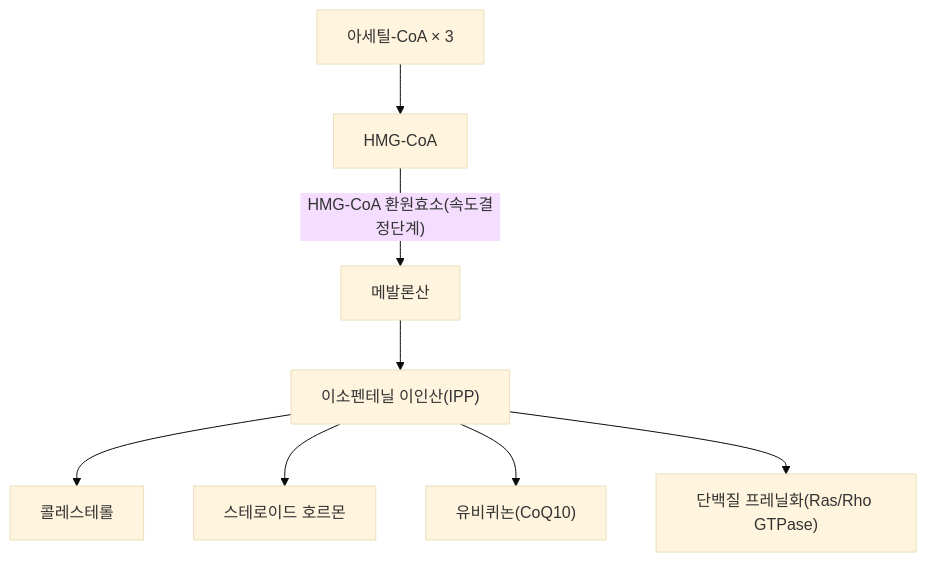
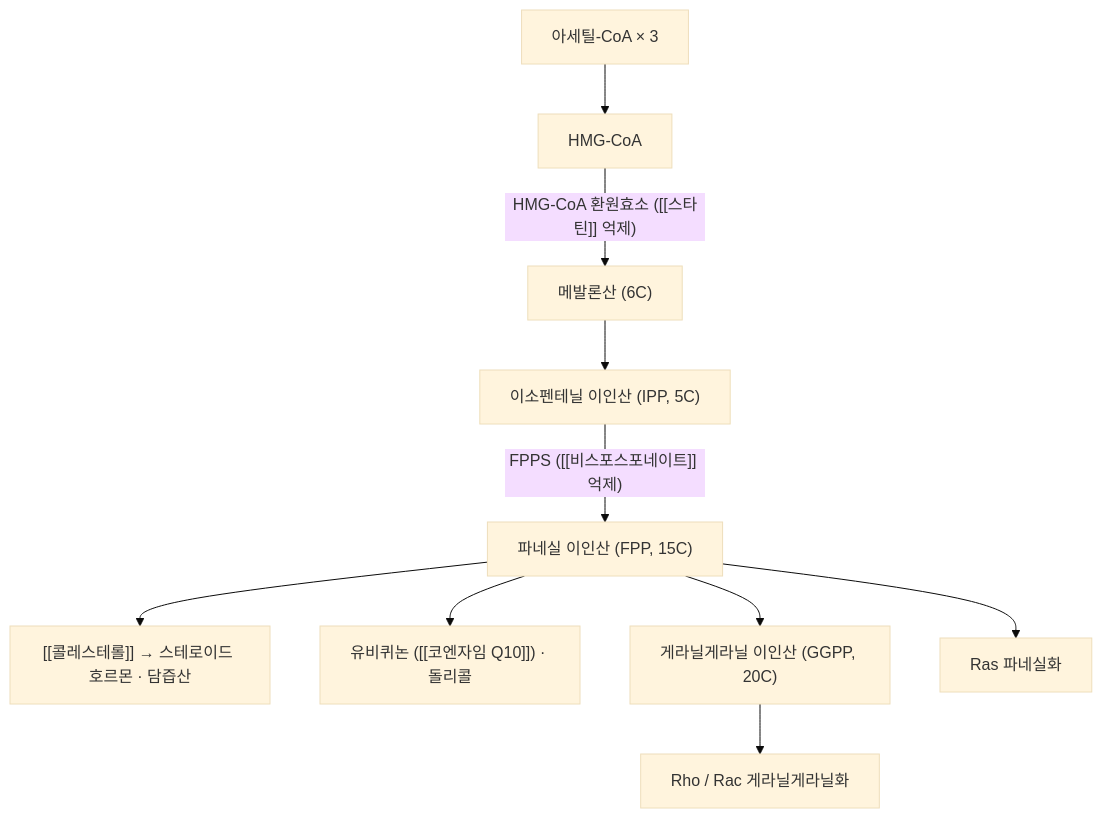
Before and after one commit to simbio11/simbio-digital-garden2: the diagram in content/3. 이론 공부/의학개념/분자·세포 기전/02_효소·대사경로/메발론산.md, drawn with Mermaid (base theme). The commit also changed other lines of this file and 424 other files, not shown here.

````diff
--- a/content/3. 이론 공부/의학개념/분자·세포 기전/02_효소·대사경로/메발론산.md
+++ b/content/3. 이론 공부/의학개념/분자·세포 기전/02_효소·대사경로/메발론산.md
@@ -51,10 +57,12 @@
 ```mermaid
 graph TD
     AcetylCoA["아세틸-CoA × 3"] --> HMGCoA["HMG-CoA"]
-    HMGCoA -->|"HMG-CoA 환원효소(속도결정단계)"| Mevalonate["메발론산"]
-    Mevalonate --> IPP["이소펜테닐 이인산(IPP)"]
-    IPP --> Cholesterol["콜레스테롤"]
-    IPP --> Steroid["스테로이드 호르몬"]
-    IPP --> CoQ["유비퀴논(CoQ10)"]
-    IPP --> Prenylation["단백질 프레닐화(Ras/Rho GTPase)"]
+    HMGCoA -->|"HMG-CoA 환원효소 ([[스타틴]] 억제)"| Mevalonate["메발론산 (6C)"]
+    Mevalonate --> IPP["이소펜테닐 이인산 (IPP, 5C)"]
+    IPP -->|"FPPS ([[비스포스포네이트]] 억제)"| FPP["파네실 이인산 (FPP, 15C)"]
+    FPP --> Cholesterol["[[콜레스테롤]] → 스테로이드 호르몬 · 담즙산"]
+    FPP --> CoQ["유비퀴논 ([[코엔자임 Q10]]) · 돌리콜"]
+    FPP --> GGPP["게라닐게라닐 이인산 (GGPP, 20C)"]
+    FPP --> Prenyl1["Ras 파네실화"]
+    GGPP --> Prenyl2["Rho / Rac 게라닐게라닐화"]
 ```
````
